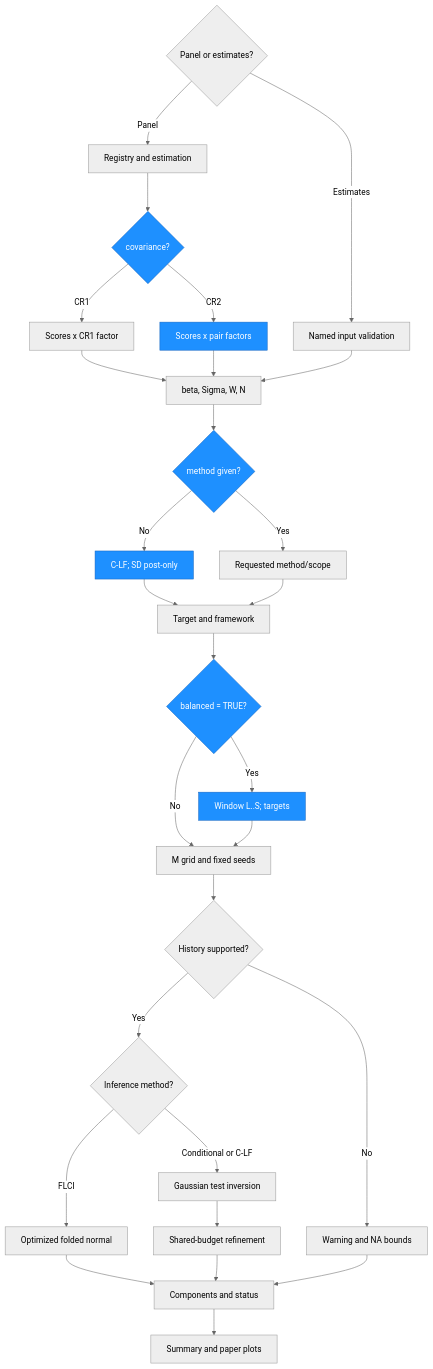
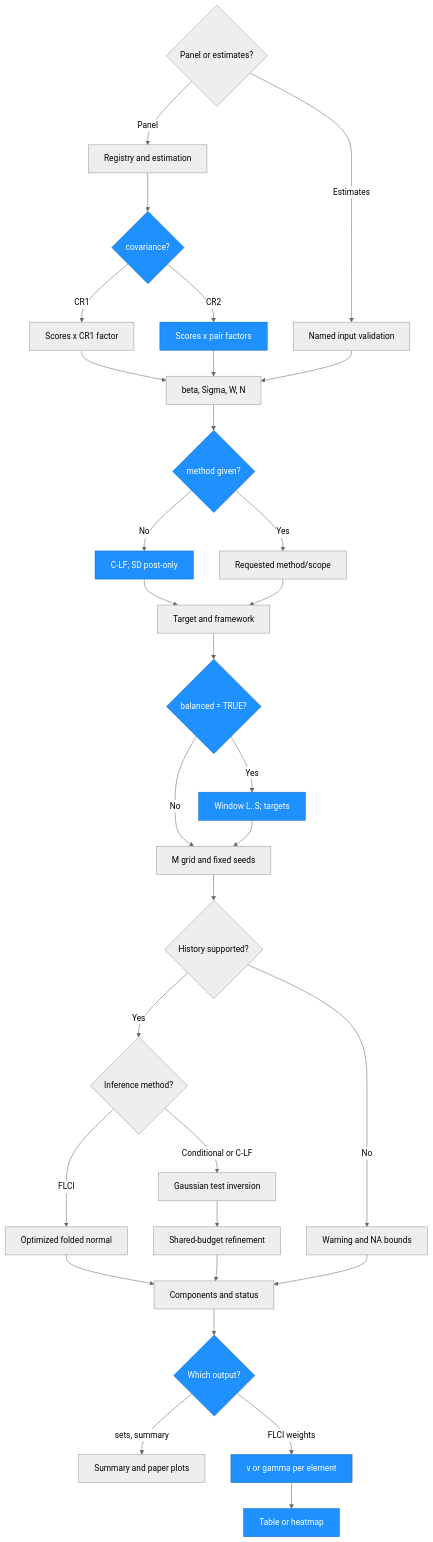
One commit to lzy318/CohortHonestDiD changed the eighth of 8 diagrams in Architecture.md. Above: the diagram before and after it, drawn with Mermaid. The commit also changed other lines of this file and 13 other files, not shown here.

First line of the commit message:
Add flci_weights() and the FLCI weights plot; cite arXiv by DOI

````diff
--- a/Architecture.md
+++ b/Architecture.md
@@ -490,38 +598,44 @@
 ```mermaid
 %%{init: {'theme': 'neutral'}}%%
 graph TD
     Start{"Panel or estimates?"}
     Start -- Panel --> Panel["Registry and estimation"]
     Start -- Estimates --> Ext["Named input validation"]
     Panel --> CovType{"covariance?"}
     CovType -- CR1 --> CR1["Scores x CR1 factor"]
     CovType -- CR2 --> CR2["Scores x pair factors"]
     CR1 --> Fit["beta, Sigma, W, N"]
     CR2 --> Fit
     Ext --> Fit
     Fit --> Given{"method given?"}
     Given -- No --> Default["C-LF; SD post-only"]
     Given -- Yes --> Explicit["Requested method/scope"]
     Default --> Target["Target and framework"]
     Explicit --> Target
     Target --> Balanced{"balanced = TRUE?"}
     Balanced -- Yes --> Window["Window L..S; targets"]
     Balanced -- No --> Tasks["M grid and fixed seeds"]
     Window --> Tasks
     Tasks --> Support{"History supported?"}
     Support -- Yes --> Method{"Inference method?"}
     Support -- No --> Fail["Warning and NA bounds"]
     Method -- FLCI --> FLCI["Optimized folded normal"]
     Method -- Conditional or C-LF --> ARP["Gaussian test inversion"]
     FLCI --> Result["Components and status"]
     ARP --> Refine["Shared-budget refinement"]
     Refine --> Result
     Fail --> Result
-    Result --> Plot["Summary and paper plots"]
+    Result --> Output{"Which output?"}
+    Output -- sets, summary --> Plot["Summary and paper plots"]
+    Output -- FLCI weights --> Weights["v or gamma per element"]
+    Weights --> Heat["Table or heatmap"]
     style CovType fill:#1e90ff,stroke:#1565c0,color:#fff
     style CR2 fill:#1e90ff,stroke:#1565c0,color:#fff
     style Given fill:#1e90ff,stroke:#1565c0,color:#fff
     style Default fill:#1e90ff,stroke:#1565c0,color:#fff
     style Balanced fill:#1e90ff,stroke:#1565c0,color:#fff
     style Window fill:#1e90ff,stroke:#1565c0,color:#fff
+    style Output fill:#1e90ff,stroke:#1565c0,color:#fff
+    style Weights fill:#1e90ff,stroke:#1565c0,color:#fff
+    style Heat fill:#1e90ff,stroke:#1565c0,color:#fff
 ```
````
